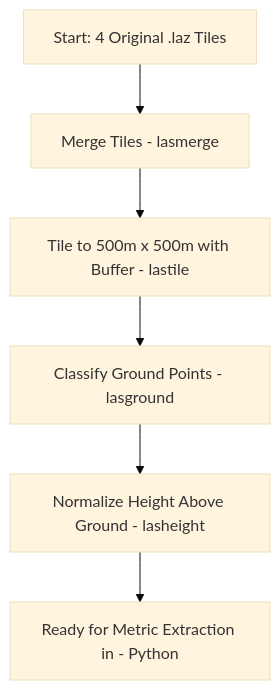
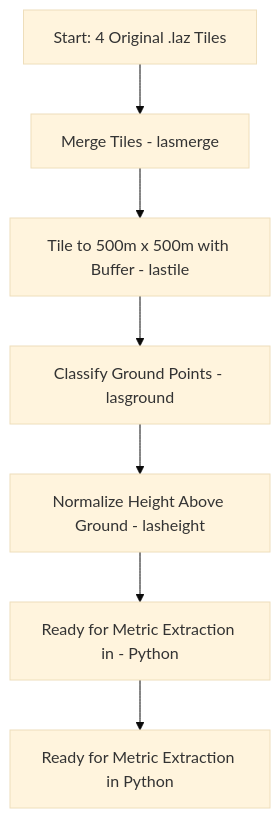
One commit to jarencecasisirano/taal-lidar-understory changed the diagram in README.md. Above: the diagram before and after it, drawn with Mermaid (base theme). The commit also changed other lines of this file, not shown here.

````diff
--- a/README.md
+++ b/README.md
@@ -61,8 +66,9 @@
 ```mermaid
 graph TD
   A[Start: 4 Original .laz Tiles] --> B[Merge Tiles - lasmerge]
   B --> C[Tile to 500m x 500m with Buffer - lastile]
   C --> D[Classify Ground Points - lasground]
   D --> E[Normalize Height Above Ground - lasheight]
   E --> F[Ready for Metric Extraction in - Python]
+  F --> G[Ready for Metric Extraction in Python]
 ```
````
